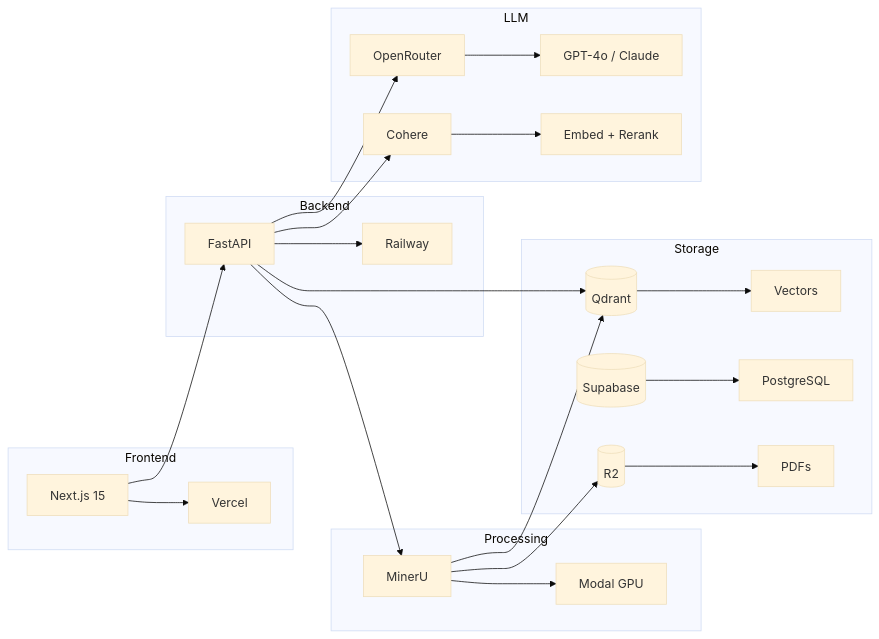
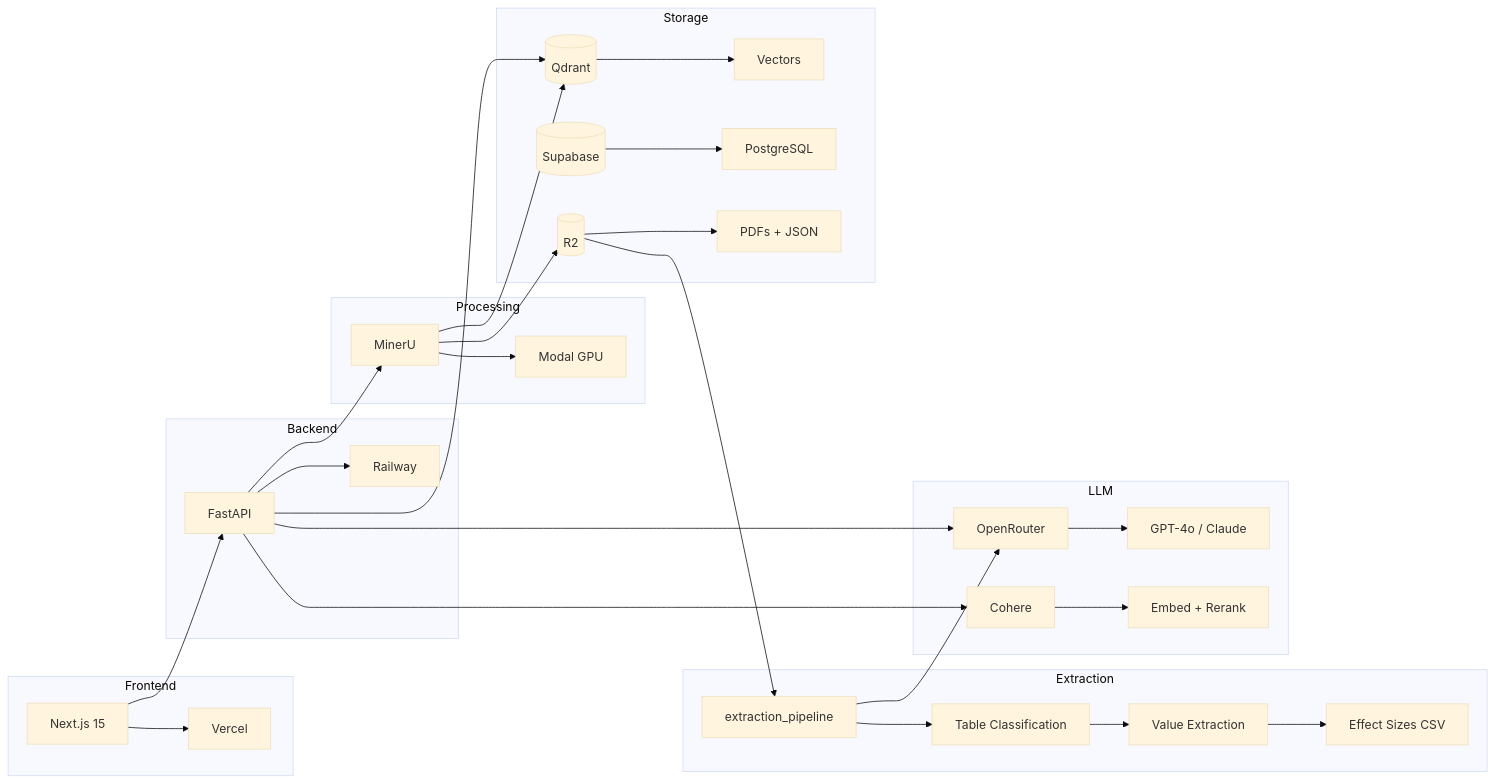
The diagram in README.md (lsempe77/dev_chat), drawn with Mermaid (base theme) before and after one commit. The commit also changed other lines of this file and 125 other files, not shown here.

First line of the commit message:
refactor: Modularize extraction_pipeline - slim pipeline.py from 1712 to 489 lines

````diff
--- a/README.md
+++ b/README.md
@@ -170,33 +173,41 @@
 ```mermaid
 graph LR
     subgraph Frontend
         A[Next.js 15] --> B[Vercel]
     end
     
     subgraph Backend
         C[FastAPI] --> D[Railway]
     end
     
     subgraph Processing
         E[MinerU] --> F[Modal GPU]
     end
     
+    subgraph Extraction
+        Q[extraction_pipeline] --> R[Table Classification]
+        R --> S[Value Extraction]
+        S --> T[Effect Sizes CSV]
+    end
+    
     subgraph Storage
         G[(Qdrant)] --> H[Vectors]
         I[(Supabase)] --> J[PostgreSQL]
-        K[(R2)] --> L[PDFs]
+        K[(R2)] --> L[PDFs + JSON]
     end
     
     subgraph LLM
         M[OpenRouter] --> N[GPT-4o / Claude]
         O[Cohere] --> P[Embed + Rerank]
     end
     
     A --> C
     C --> G
     C --> M
     C --> O
     C --> E
     E --> G
     E --> K
+    K --> Q
+    Q --> M
 ```
````
